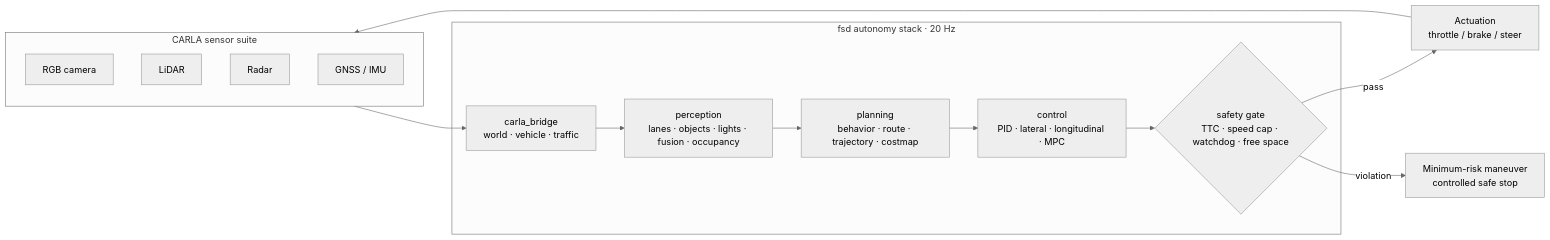
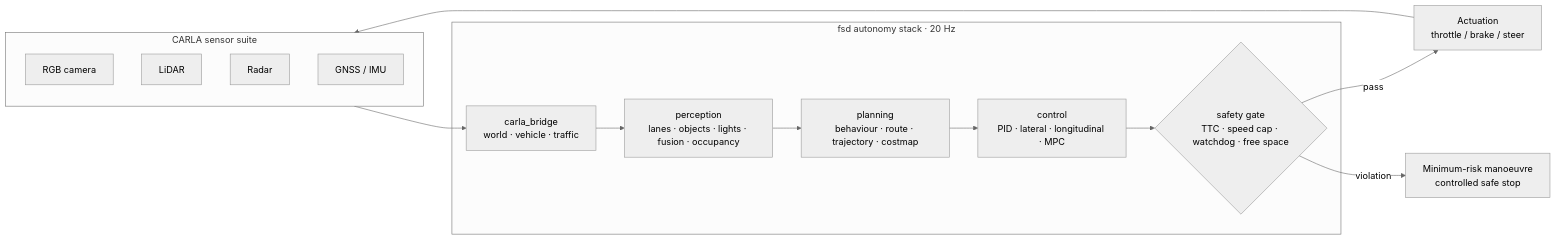
Before and after one commit to redduxz/vector-fsd: the diagram in README.md, drawn with Mermaid (neutral theme). The commit also changed other lines of this file and 1 other file, not shown here.

````diff
--- a/README.md
+++ b/README.md
@@ -45,22 +37,22 @@
 ```mermaid
 flowchart LR
     subgraph Sensors["CARLA sensor suite"]
         cam["RGB camera"]
         lid["LiDAR"]
         rad["Radar"]
         gi["GNSS / IMU"]
     end
 
     subgraph Stack["fsd autonomy stack · 20 Hz"]
         brg["carla_bridge<br/>world · vehicle · traffic"]
         per["perception<br/>lanes · objects · lights · fusion · occupancy"]
-        pln["planning<br/>behavior · route · trajectory · costmap"]
+        pln["planning<br/>behaviour · route · trajectory · costmap"]
         ctl["control<br/>PID · lateral · longitudinal · MPC"]
         gate{"safety gate<br/>TTC · speed cap · watchdog · free space"}
     end
 
     Sensors --> brg --> per --> pln --> ctl --> gate
     gate -->|pass| act["Actuation<br/>throttle / brake / steer"]
-    gate -->|violation| stop["Minimum-risk maneuver<br/>controlled safe stop"]
+    gate -->|violation| stop["Minimum-risk manoeuvre<br/>controlled safe stop"]
     act --> Sensors
 ```
````
